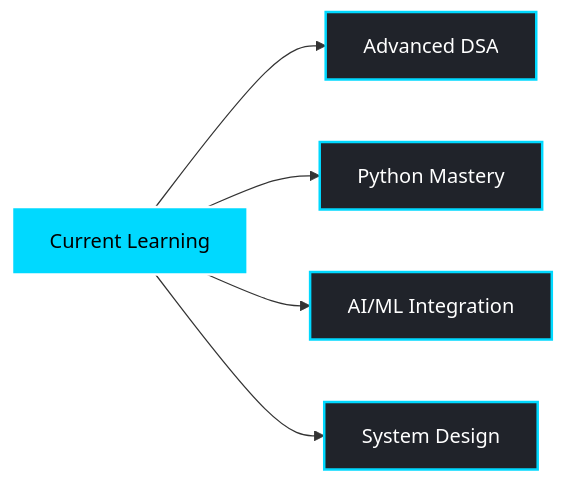
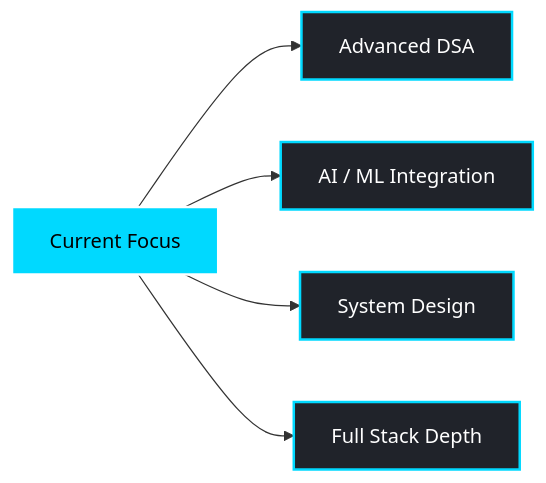
One commit to shubhmrwt01/shubhmrwt01 changed the diagram in README.md. Above: the diagram before and after it, drawn with Mermaid. The commit also changed other lines of this file, not shown here.

````diff
--- a/README.md
+++ b/README.md
@@ -179,13 +169,13 @@
 ```mermaid
 graph LR
-    A[Current Learning] --> B[Advanced DSA]
-    A --> C[Python Mastery]
-    A --> D[AI/ML Integration]
-    A --> E[System Design]
-    
+    A[Current Focus] --> B[Advanced DSA]
+    A --> C[AI / ML Integration]
+    A --> D[System Design]
+    A --> E[Full Stack Depth]
+
     style A fill:#00D9FF,stroke:#fff,stroke-width:2px,color:#000
     style B fill:#20232A,stroke:#00D9FF,stroke-width:2px,color:#fff
     style C fill:#20232A,stroke:#00D9FF,stroke-width:2px,color:#fff
     style D fill:#20232A,stroke:#00D9FF,stroke-width:2px,color:#fff
     style E fill:#20232A,stroke:#00D9FF,stroke-width:2px,color:#fff
 ```
````
